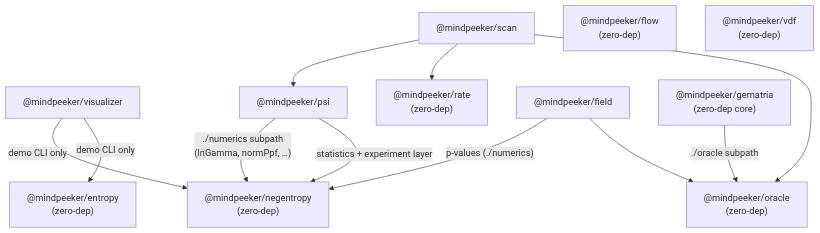
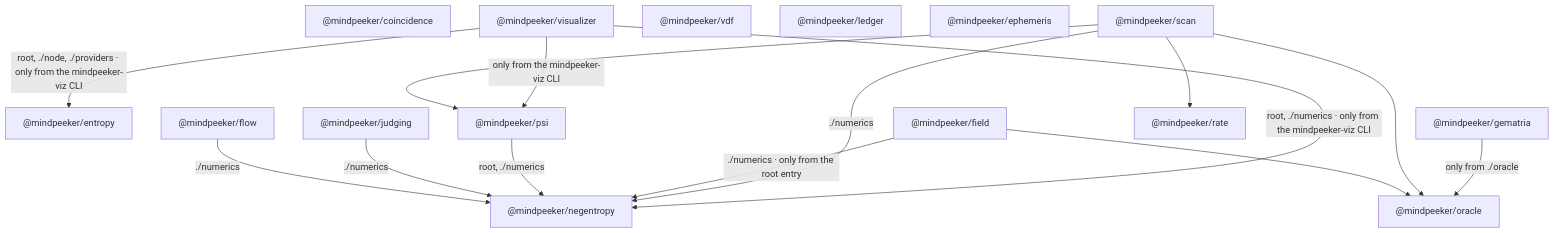
The diagram in README.md (Polobase/mindpeeker-sdk), drawn with Mermaid before and after one commit. The commit also changed other lines of this file and 30 other files, not shown here.

````diff
--- a/README.md
+++ b/README.md
@@ -38,15 +55,31 @@
 ```mermaid
 graph TD
-  visualizer["@mindpeeker/visualizer"] -- "demo CLI only" --> entropy["@mindpeeker/entropy<br/>(zero-dep)"]
-  visualizer -- "demo CLI only" --> negentropy["@mindpeeker/negentropy<br/>(zero-dep)"]
-  psi["@mindpeeker/psi"] -- "statistics + experiment layer" --> negentropy
-  psi -- "./numerics subpath<br/>(lnGamma, normPpf, …)" --> negentropy
-  scan["@mindpeeker/scan"] --> oracle["@mindpeeker/oracle<br/>(zero-dep)"]
-  scan --> rate["@mindpeeker/rate<br/>(zero-dep)"]
-  scan --> psi
-  field["@mindpeeker/field"] --> oracle
-  field -- "p-values (./numerics)" --> negentropy
-  gematria["@mindpeeker/gematria<br/>(zero-dep core)"] -- "./oracle subpath" --> oracle
-  flow["@mindpeeker/flow<br/>(zero-dep)"]
-  vdf["@mindpeeker/vdf<br/>(zero-dep)"]
+  pkg_entropy["@mindpeeker/entropy"]
+  pkg_negentropy["@mindpeeker/negentropy"]
+  pkg_flow["@mindpeeker/flow"]
+  pkg_coincidence["@mindpeeker/coincidence"]
+  pkg_judging["@mindpeeker/judging"]
+  pkg_psi["@mindpeeker/psi"]
+  pkg_field["@mindpeeker/field"]
+  pkg_scan["@mindpeeker/scan"]
+  pkg_oracle["@mindpeeker/oracle"]
+  pkg_gematria["@mindpeeker/gematria"]
+  pkg_rate["@mindpeeker/rate"]
+  pkg_vdf["@mindpeeker/vdf"]
+  pkg_ledger["@mindpeeker/ledger"]
+  pkg_ephemeris["@mindpeeker/ephemeris"]
+  pkg_visualizer["@mindpeeker/visualizer"]
+  pkg_flow -- "./numerics" --> pkg_negentropy
+  pkg_judging -- "./numerics" --> pkg_negentropy
+  pkg_psi -- "root, ./numerics" --> pkg_negentropy
+  pkg_field -- "./numerics · only from the root entry" --> pkg_negentropy
+  pkg_field --> pkg_oracle
+  pkg_scan -- "./numerics" --> pkg_negentropy
+  pkg_scan --> pkg_oracle
+  pkg_scan --> pkg_psi
+  pkg_scan --> pkg_rate
+  pkg_gematria -- "only from ./oracle" --> pkg_oracle
+  pkg_visualizer -- "root, ./node, ./providers · only from the mindpeeker-viz CLI" --> pkg_entropy
+  pkg_visualizer -- "root, ./numerics · only from the mindpeeker-viz CLI" --> pkg_negentropy
+  pkg_visualizer -- "only from the mindpeeker-viz CLI" --> pkg_psi
 ```
````
